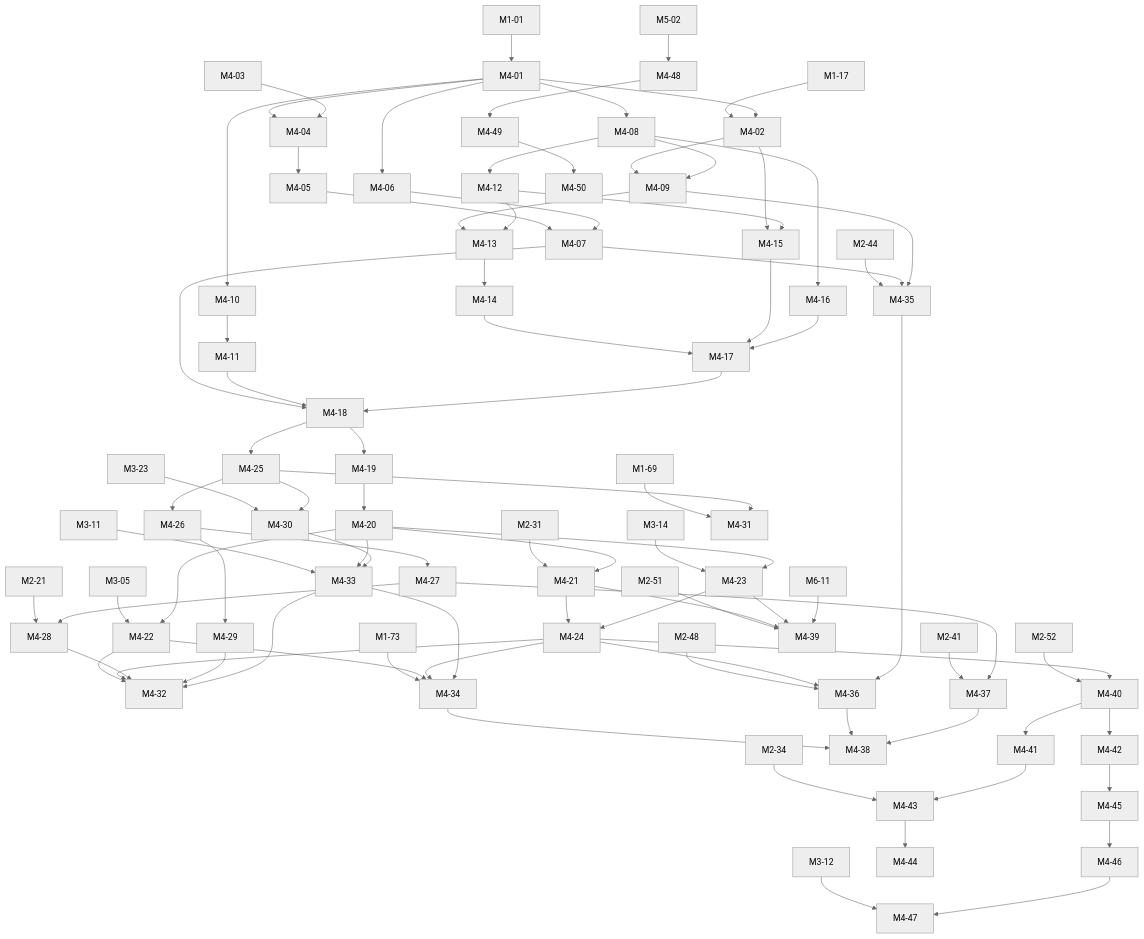
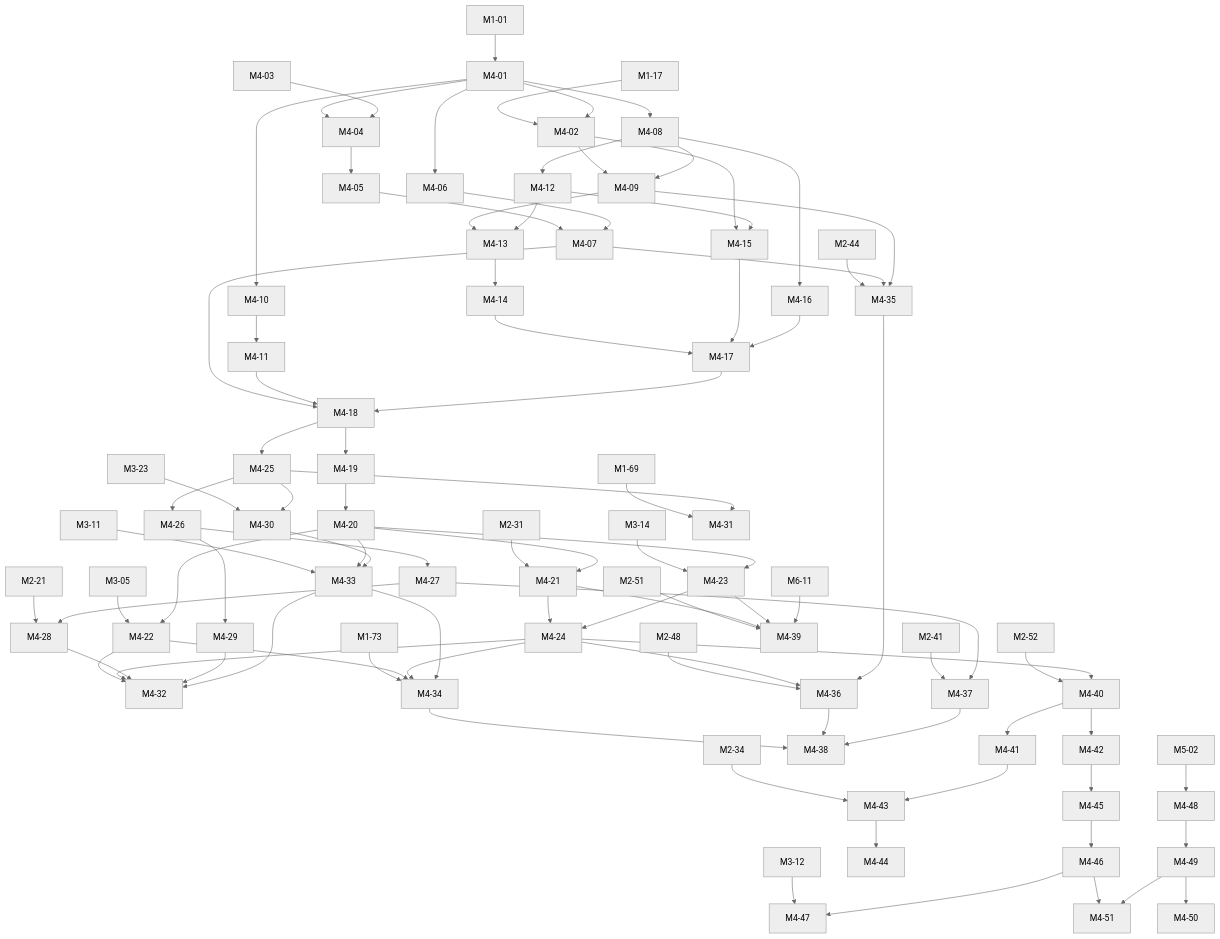
Before and after one commit to mguttmann/bothy: the fourth of 8 diagrams in docs/briefs/README.md, drawn with Mermaid (neutral theme). The commit also changed other lines of this file and 227 other files, not shown here.

````diff
--- a/docs/briefs/README.md
+++ b/docs/briefs/README.md
@@ -992,6 +993,7 @@
   M4_48["M4-48"]
   M4_49["M4-49"]
   M4_50["M4-50"]
+  M4_51["M4-51"]
   M5_02["M5-02"]
   M6_11["M6-11"]
   M1_01 --> M4_01
@@ -1082,4 +1084,6 @@
   M5_02 --> M4_48
   M4_48 --> M4_49
   M4_49 --> M4_50
+  M4_46 --> M4_51
+  M4_49 --> M4_51
 ```
````
